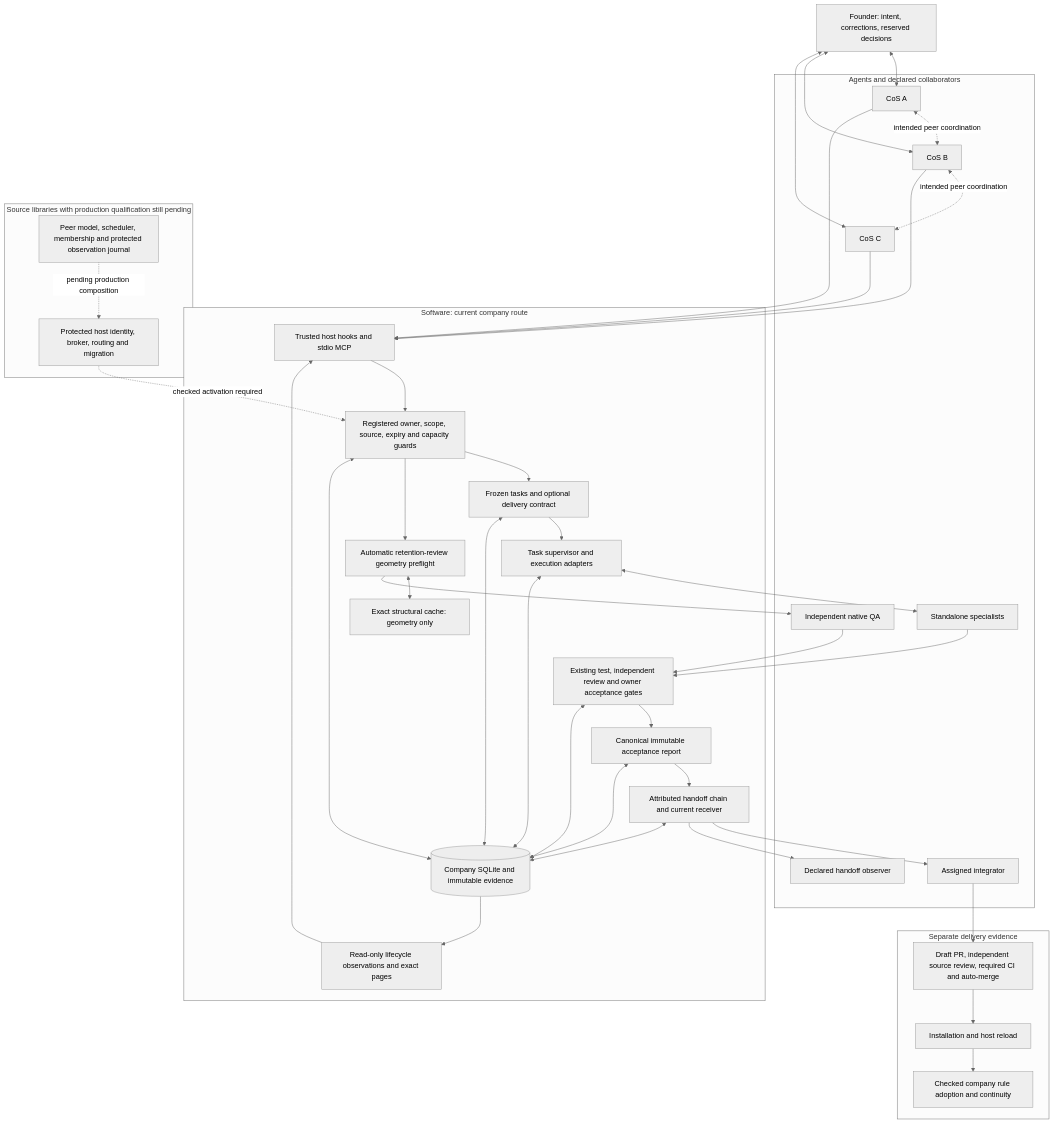
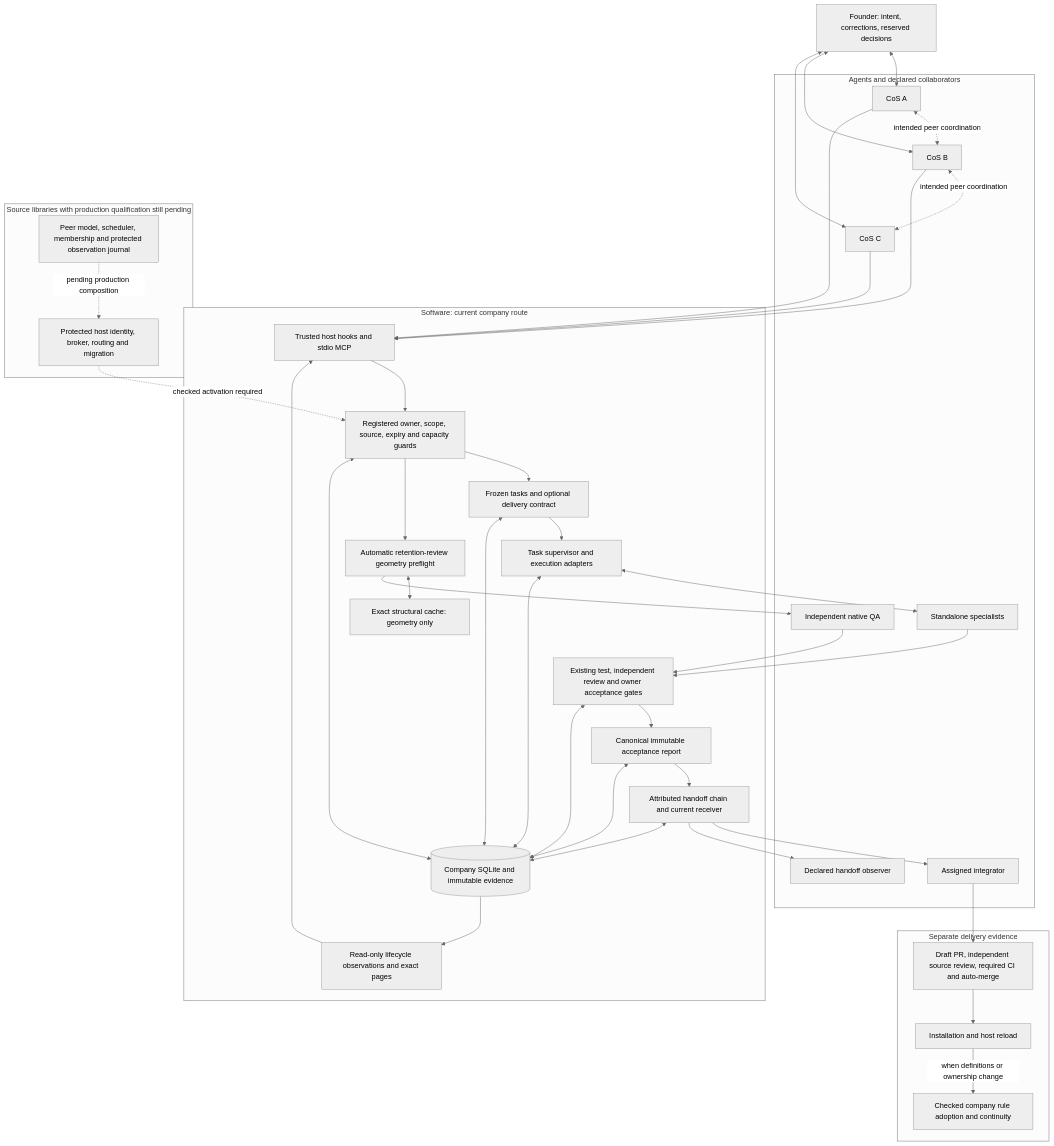
Before and after one commit to yimoburu/soloco: the diagram in docs/architecture-current.md, drawn with Mermaid (neutral theme). The commit also changed 2 other files, not shown here.

Commit message:
Clarify delivery boundaries and normalize observations source

````diff
--- a/docs/architecture-current.md
+++ b/docs/architecture-current.md
@@ -10,55 +10,56 @@
 ```mermaid
 flowchart TB
   F[Founder: intent, corrections, reserved decisions]
   subgraph Agents[Agents and declared collaborators]
     C1[CoS A]
     C2[CoS B]
     C3[CoS C]
     W[Standalone specialists]
     QA[Independent native QA]
     I[Assigned integrator]
     O[Declared handoff observer]
   end
   F <--> C1
   F <--> C2
   F <--> C3
   C1 <-. intended peer coordination .-> C2
   C2 <-. intended peer coordination .-> C3
   subgraph Runtime[Software: current company route]
     H[Trusted host hooks and stdio MCP]
     G[Registered owner, scope, source, expiry and capacity guards]
     T[Frozen tasks and optional delivery contract]
     S[Task supervisor and execution adapters]
     P[Automatic retention-review geometry preflight]
     K[Exact structural cache: geometry only]
     A[Existing test, independent review and owner acceptance gates]
     R[Canonical immutable acceptance report]
     D[Attributed handoff chain and current receiver]
     M[Read-only lifecycle observations and exact pages]
     DB[(Company SQLite and immutable evidence)]
   end
   C1 & C2 & C3 --> H
   H --> G
   G --> T --> S
   S <--> W
   G --> P <--> K
   P --> QA
   W & QA --> A
   A --> R --> D
   D --> I
   D --> O
   G & T & S & A & R & D <--> DB
   DB --> M --> H
   subgraph Delivery[Separate delivery evidence]
     GH[Draft PR, independent source review, required CI and auto-merge]
     IN[Installation and host reload]
     AD[Checked company rule adoption and continuity]
   end
-  I --> GH --> IN --> AD
+  I --> GH --> IN
+  IN -->|when definitions or ownership change| AD
   subgraph Pending[Source libraries with production qualification still pending]
     PE[Peer model, scheduler, membership and protected observation journal]
     BR[Protected host identity, broker, routing and migration]
   end
   PE -. pending production composition .-> BR
   BR -. checked activation required .-> G
 ```
````
